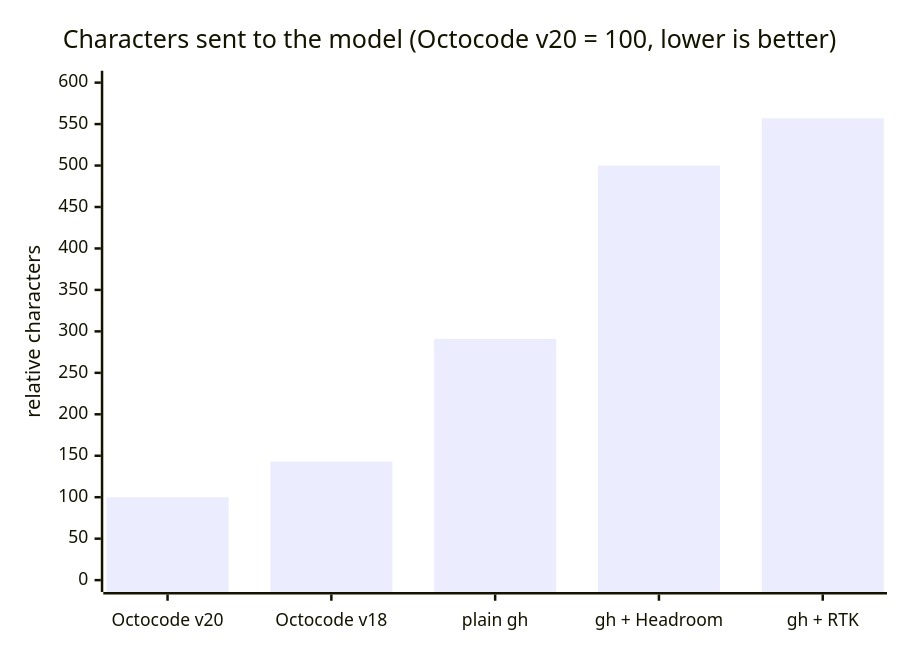
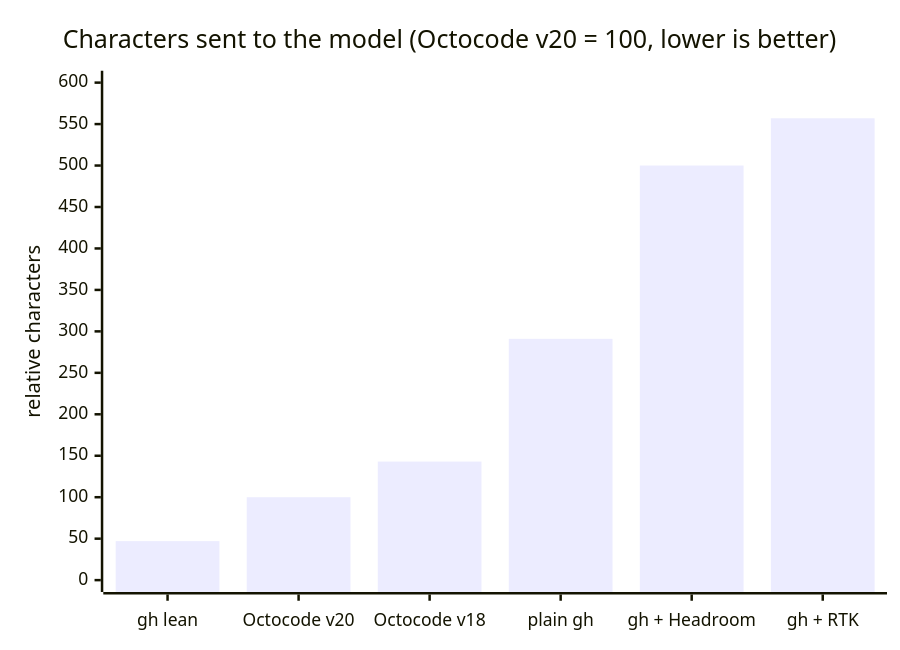
Before and after one commit to bgauryy/octocode: the second of 3 diagrams in packages/octocode-benchmark/README.md, drawn with Mermaid. The commit also changed other lines of this file and 1497 other files, not shown here.

````diff
--- a/packages/octocode-benchmark/README.md
+++ b/packages/octocode-benchmark/README.md
@@ -29,7 +57,7 @@
 ```mermaid
 xychart-beta
     title "Characters sent to the model (Octocode v20 = 100, lower is better)"
-    x-axis ["Octocode v20", "Octocode v18", "plain gh", "gh + Headroom", "gh + RTK"]
+    x-axis ["gh lean", "Octocode v20", "Octocode v18", "plain gh", "gh + Headroom", "gh + RTK"]
     y-axis "relative characters" 0 --> 600
-    bar [100, 143, 291, 500, 557]
+    bar [47, 100, 143, 291, 500, 557]
 ```
````
